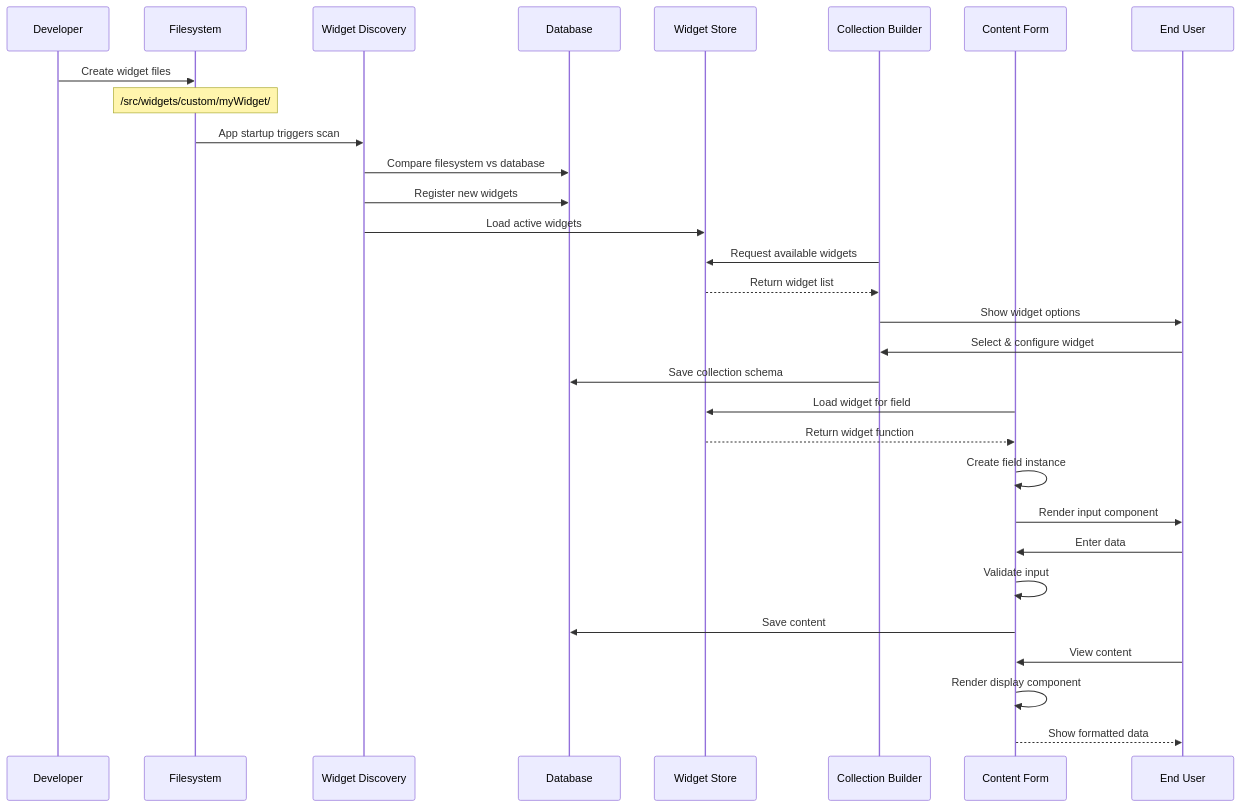
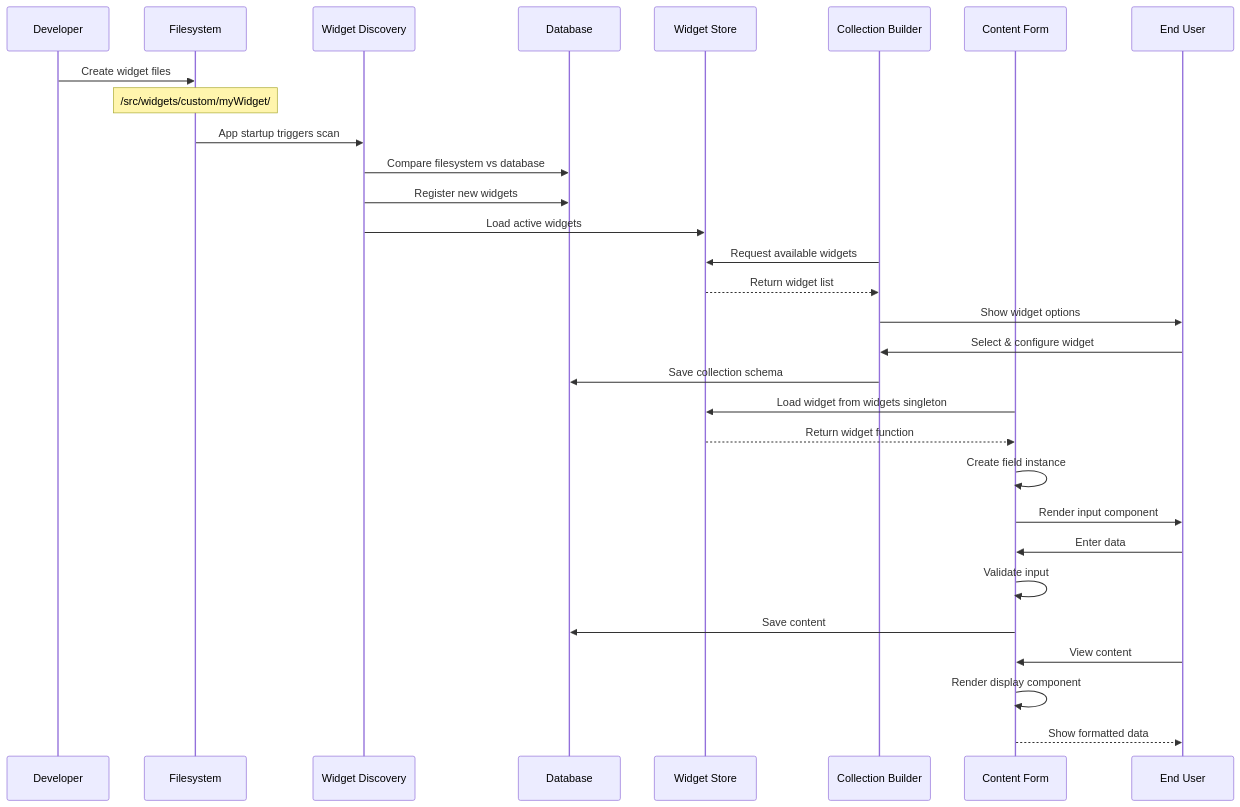
The fourth of 11 diagrams in docs/widgets/widget-system-visual-overview.mdx (SveltyCMS/SveltyCMS), drawn with Mermaid before and after one commit. The commit also changed other lines of this file and 193 other files, not shown here.

````diff
--- a/docs/widgets/widget-system-visual-overview.mdx
+++ b/docs/widgets/widget-system-visual-overview.mdx
@@ -186,38 +186,38 @@
 ```mermaid
 sequenceDiagram
     participant Dev as Developer
     participant FS as Filesystem
     participant Discovery as Widget Discovery
     participant DB as Database
     participant Store as Widget Store
     participant CB as Collection Builder
     participant Form as Content Form
     participant User as End User
 
     Dev->>FS: Create widget files
     Note over FS: /src/widgets/custom/myWidget/
 
     FS->>Discovery: App startup triggers scan
     Discovery->>DB: Compare filesystem vs database
     Discovery->>DB: Register new widgets
     Discovery->>Store: Load active widgets
 
     CB->>Store: Request available widgets
     Store-->>CB: Return widget list
     CB->>User: Show widget options
     User->>CB: Select & configure widget
     CB->>DB: Save collection schema
 
-    Form->>Store: Load widget for field
+    Form->>Store: Load widget from widgets singleton
     Store-->>Form: Return widget function
     Form->>Form: Create field instance
     Form->>User: Render input component
 
     User->>Form: Enter data
     Form->>Form: Validate input
     Form->>DB: Save content
 
     User->>Form: View content
     Form->>Form: Render display component
     Form-->>User: Show formatted data
 ```
````
